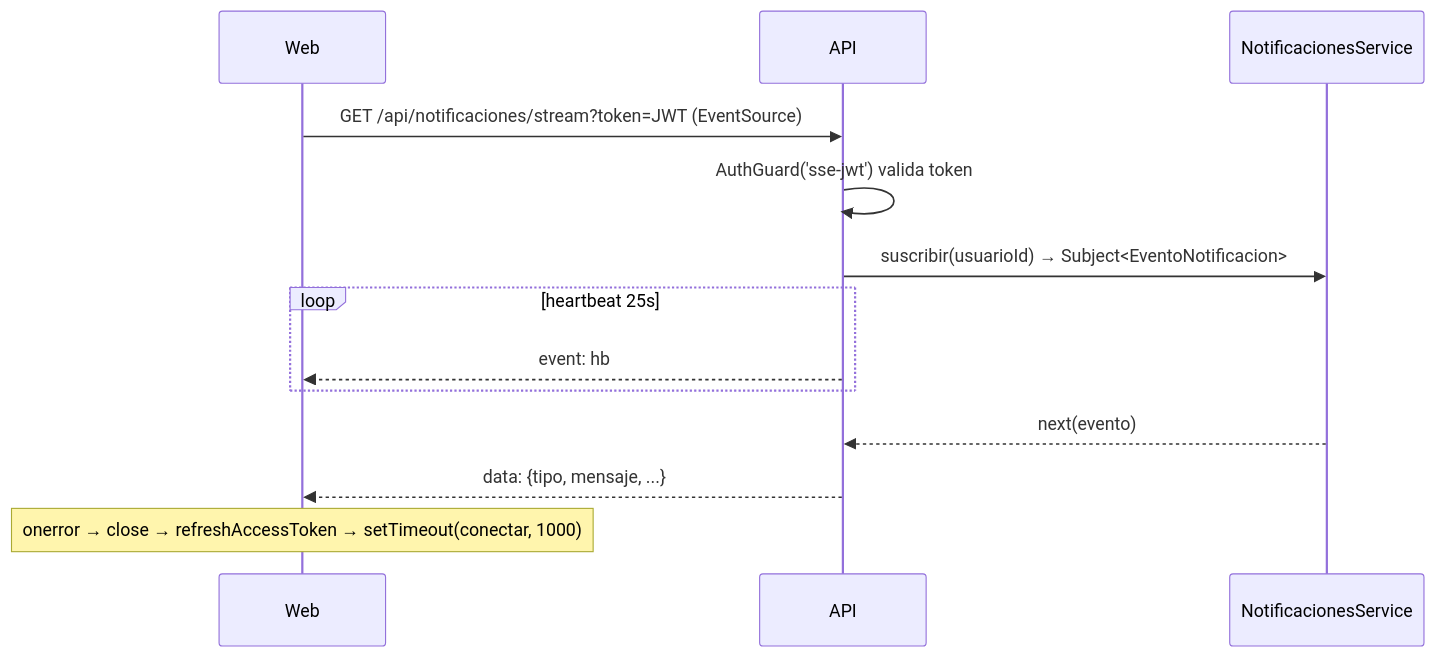
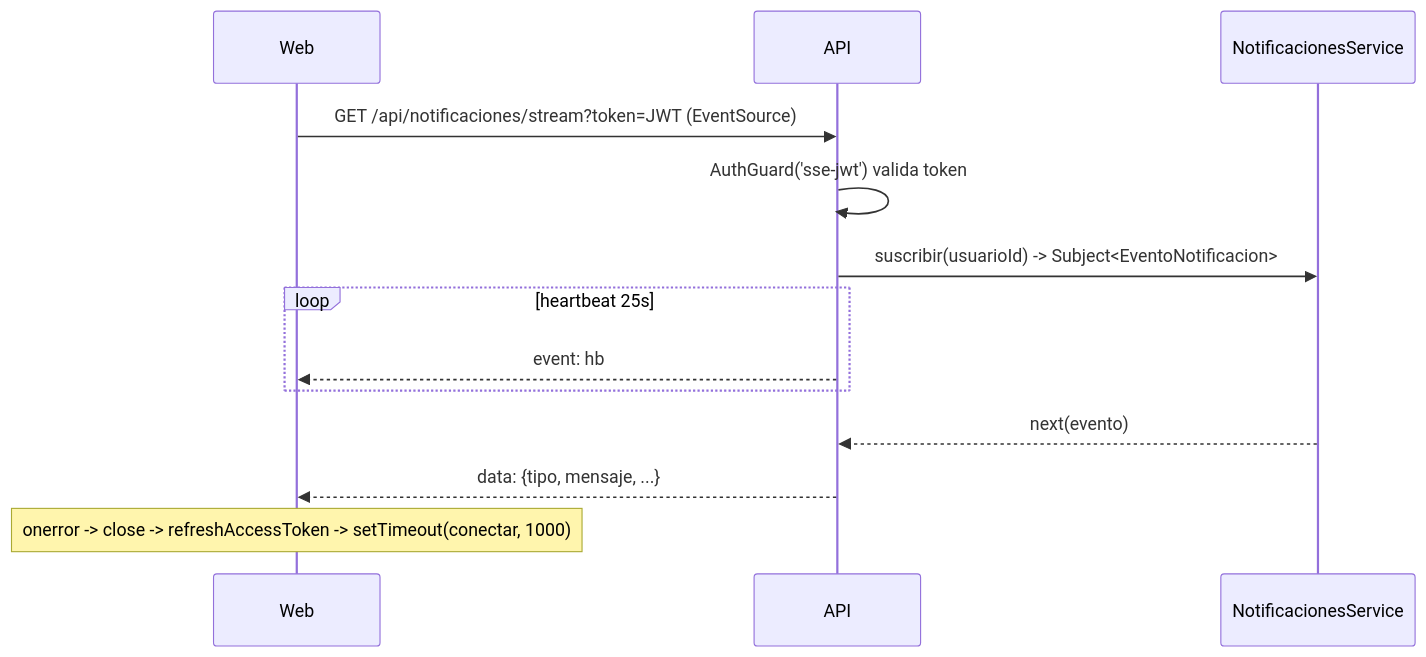
One commit to Deividcodv/proyecto-analisis-Eduviagt changed diagram 11 of 19 in docs/architecture/diagrams.md. Above: the diagram before and after it, drawn with Mermaid. The commit also changed other lines of this file and 180 other files, not shown here.

````diff
--- a/docs/architecture/diagrams.md
+++ b/docs/architecture/diagrams.md
@@ -267,16 +267,16 @@
 ```mermaid
 sequenceDiagram
   participant W as Web
   participant API as API
   participant SVC as NotificacionesService
 
   W->>API: GET /api/notificaciones/stream?token=JWT (EventSource)
   API->>API: AuthGuard('sse-jwt') valida token
-  API->>SVC: suscribir(usuarioId) → Subject<EventoNotificacion>
+  API->>SVC: suscribir(usuarioId) -> Subject<EventoNotificacion>
   loop heartbeat 25s
     API-->>W: event: hb
   end
   SVC-->>API: next(evento)
   API-->>W: data: {tipo, mensaje, ...}
-  Note over W: onerror → close → refreshAccessToken → setTimeout(conectar, 1000)
+  Note over W: onerror -> close -> refreshAccessToken -> setTimeout(conectar, 1000)
 ```
````
